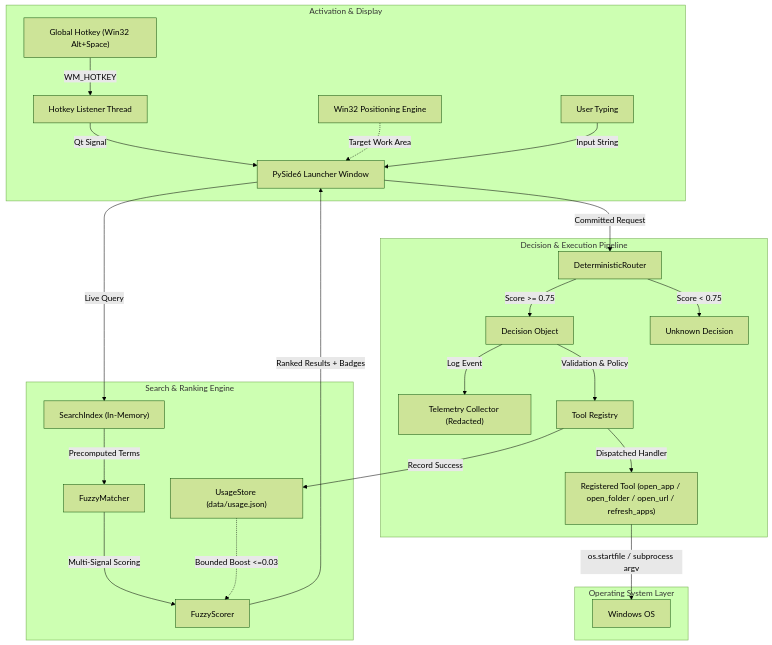
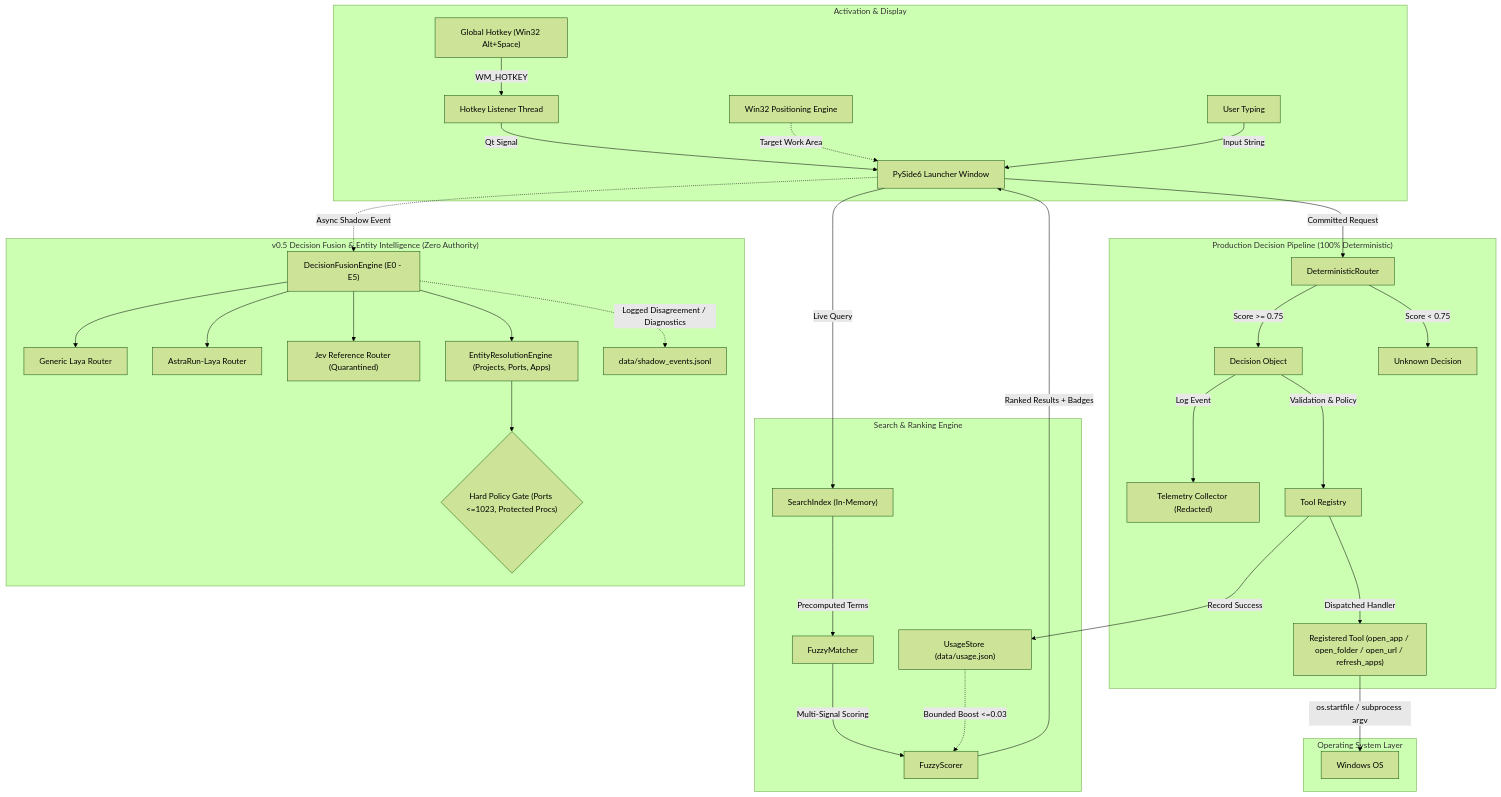
Before and after one commit to Voidwalker-AT/AstraRun: the diagram in README.md, drawn with Mermaid (forest theme). The commit also changed other lines of this file and 35 other files, not shown here.

Commit message:
feat(astrarun): implement Laya ensemble, domain adaptation, entity resolution & Jev benchmark (v0.5)

````diff
--- a/README.md
+++ b/README.md
@@ -30,31 +29,41 @@
 ```mermaid
 flowchart TD
     subgraph Activation ["Activation & Display"]
         HK["Global Hotkey (Win32 Alt+Space)"] -->|WM_HOTKEY| HKT["Hotkey Listener Thread"]
         HKT -->|Qt Signal| UI["PySide6 Launcher Window"]
         Pos["Win32 Positioning Engine"] -.->|Target Work Area| UI
         User["User Typing"] -->|Input String| UI
     end
 
     subgraph Search ["Search & Ranking Engine"]
         UI -->|Live Query| Index["SearchIndex (In-Memory)"]
         Index -->|Precomputed Terms| Matcher["FuzzyMatcher"]
         Matcher -->|Multi-Signal Scoring| Scorer["FuzzyScorer"]
         Usage["UsageStore (data/usage.json)"] -.->|Bounded Boost <=0.03| Scorer
         Scorer -->|Ranked Results + Badges| UI
     end
 
-    subgraph Pipeline ["Decision & Execution Pipeline"]
+    subgraph Pipeline ["Production Decision Pipeline (100% Deterministic)"]
         UI -->|Committed Request| Router["DeterministicRouter"]
         Router -->|Score >= 0.75| Dec["Decision Object"]
         Router -->|Score < 0.75| Unknown["Unknown Decision"]
         Dec -->|Log Event| Telemetry["Telemetry Collector (Redacted)"]
         Dec -->|Validation & Policy| Reg["Tool Registry"]
         Reg -->|Dispatched Handler| Tool["Registered Tool (open_app / open_folder / open_url / refresh_apps)"]
         Reg -->|Record Success| Usage
     end
 
+    subgraph Shadow ["v0.5 Decision Fusion & Entity Intelligence (Zero Authority)"]
+        UI -.->|Async Shadow Event| Fusion["DecisionFusionEngine (E0 - E5)"]
+        Fusion --> LayaGen["Generic Laya Router"]
+        Fusion --> LayaFT["AstraRun-Laya Router"]
+        Fusion --> JevRef["Jev Reference Router (Quarantined)"]
+        Fusion --> EntityRes["EntityResolutionEngine (Projects, Ports, Apps)"]
+        EntityRes --> PolicyGate{"Hard Policy Gate (Ports <=1023, Protected Procs)"}
+        Fusion -.->|Logged Disagreement / Diagnostics| ShadowLog["data/shadow_events.jsonl"]
+    end
+
     subgraph OS ["Operating System Layer"]
         Tool -->|os.startfile / subprocess argv| WinOS["Windows OS"]
     end
 ```
````
